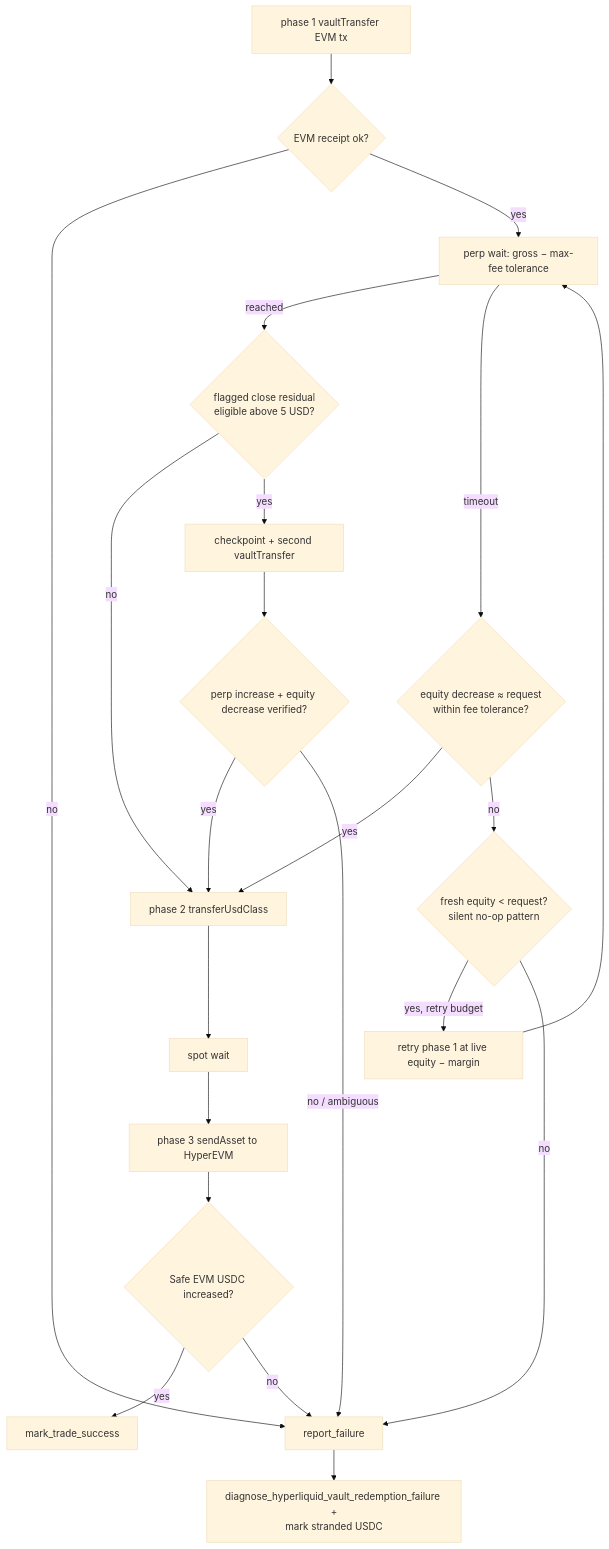
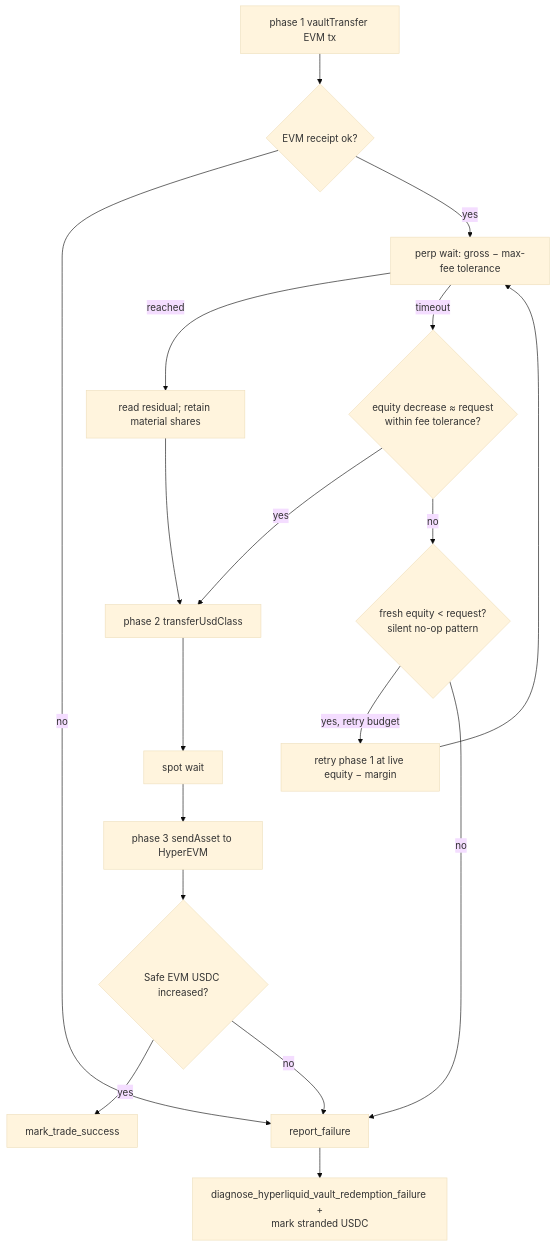
One commit to tradingstrategy-ai/trade-executor changed the third of 3 diagrams in .claude/docs/hypercore-vault.md. Above: the diagram before and after it, drawn with Mermaid (base theme). The commit also changed other lines of this file and 13 other files, not shown here.

````diff
--- a/.claude/docs/hypercore-vault.md
+++ b/.claude/docs/hypercore-vault.md
@@ -544,24 +540,20 @@
 ```mermaid
 flowchart TD
     A[phase 1 vaultTransfer EVM tx] --> B{EVM receipt ok?}
     B -- no --> F[report_failure]
     B -- yes --> C[perp wait: gross − max-fee tolerance]
-    C -- reached --> RC{flagged close residual<br/>eligible above 5 USD?}
-    RC -- no --> P2[phase 2 transferUsdClass]
-    RC -- yes --> R2[checkpoint + second vaultTransfer]
-    R2 --> V2{perp increase + equity decrease verified?}
-    V2 -- yes --> P2
-    V2 -- no / ambiguous --> F
+    C -- reached --> RC[read residual; retain material shares]
+    RC --> P2[phase 2 transferUsdClass]
     C -- timeout --> D{equity decrease ≈ request<br/>within fee tolerance?}
     D -- yes --> P2
     D -- no --> E{fresh equity < request?<br/>silent no-op pattern}
     E -- yes, retry budget --> R[retry phase 1 at live equity − margin]
     R --> C
     E -- no --> F
     P2 --> S[spot wait]
     S --> P3[phase 3 sendAsset to HyperEVM]
     P3 --> V{Safe EVM USDC increased?}
     V -- yes --> OK[mark_trade_success]
     V -- no --> F
     F --> DIAG[diagnose_hyperliquid_vault_redemption_failure +<br/>mark stranded USDC]
 ```
````
